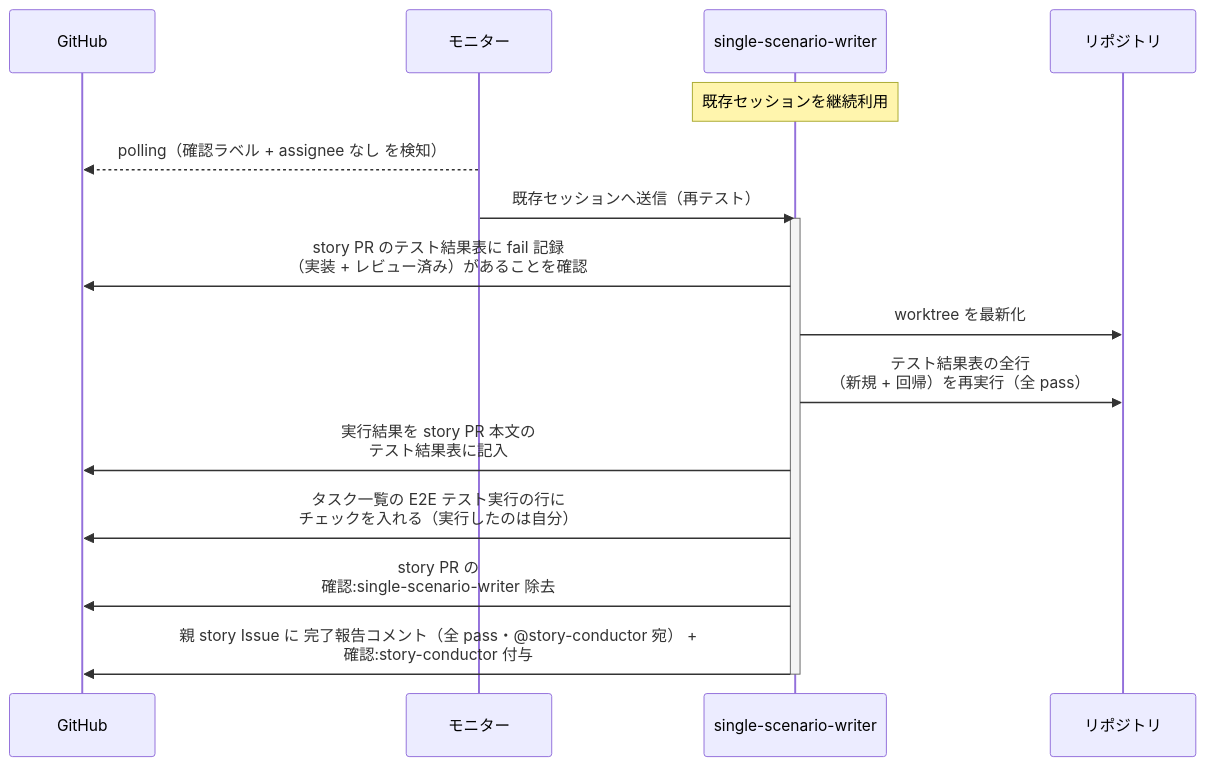
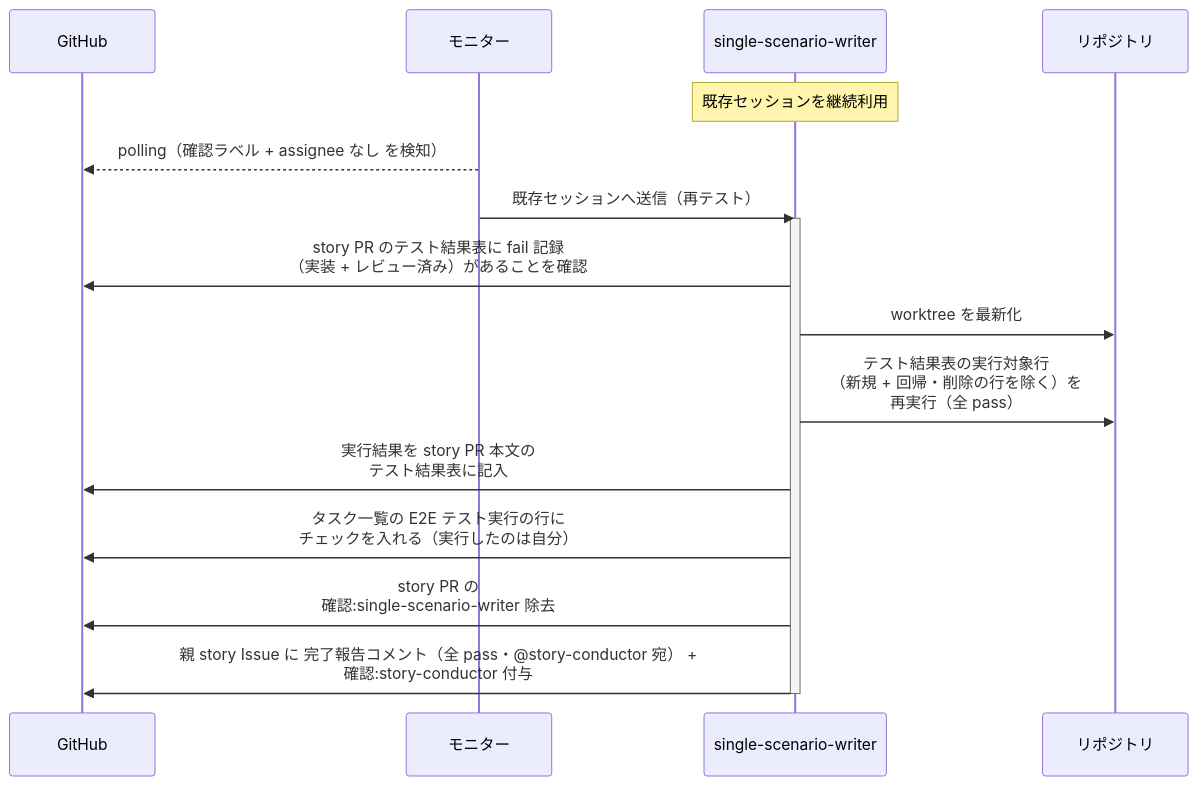
The second of 2 diagrams in docs/wiki/設計図/シナリオ/単一ユースケース/統合テスト指揮.md (shuhei1101/ai-monitor), drawn with Mermaid before and after one commit. The commit also changed other lines of this file and 8 other files, not shown here.

````diff
--- a/docs/wiki/設計図/シナリオ/単一ユースケース/統合テスト指揮.md
+++ b/docs/wiki/設計図/シナリオ/単一ユースケース/統合テスト指揮.md
@@ -70,20 +70,20 @@
 ```mermaid
 sequenceDiagram
   participant GH as GitHub
   participant ORC as モニター
   participant MON as single-scenario-writer
   participant REPO as リポジトリ
 
   Note over MON: 既存セッションを継続利用
   ORC-->>GH: polling（確認ラベル + assignee なし を検知）
   ORC->>MON: 既存セッションへ送信（再テスト）
   activate MON
   MON->>GH: story PR のテスト結果表に fail 記録<br>（実装 + レビュー済み）があることを確認
   MON->>REPO: worktree を最新化
-  MON->>REPO: テスト結果表の全行<br>（新規 + 回帰）を再実行（全 pass）
+  MON->>REPO: テスト結果表の実行対象行<br>（新規 + 回帰・削除の行を除く）を<br>再実行（全 pass）
   MON->>GH: 実行結果を story PR 本文の<br>テスト結果表に記入
   MON->>GH: タスク一覧の E2E テスト実行の行に<br>チェックを入れる（実行したのは自分）
   MON->>GH: story PR の<br>確認:single-scenario-writer 除去
   MON->>GH: 親 story Issue に 完了報告コメント（全 pass・@story-conductor 宛） +<br>確認:story-conductor 付与
   deactivate MON
 ```
````
